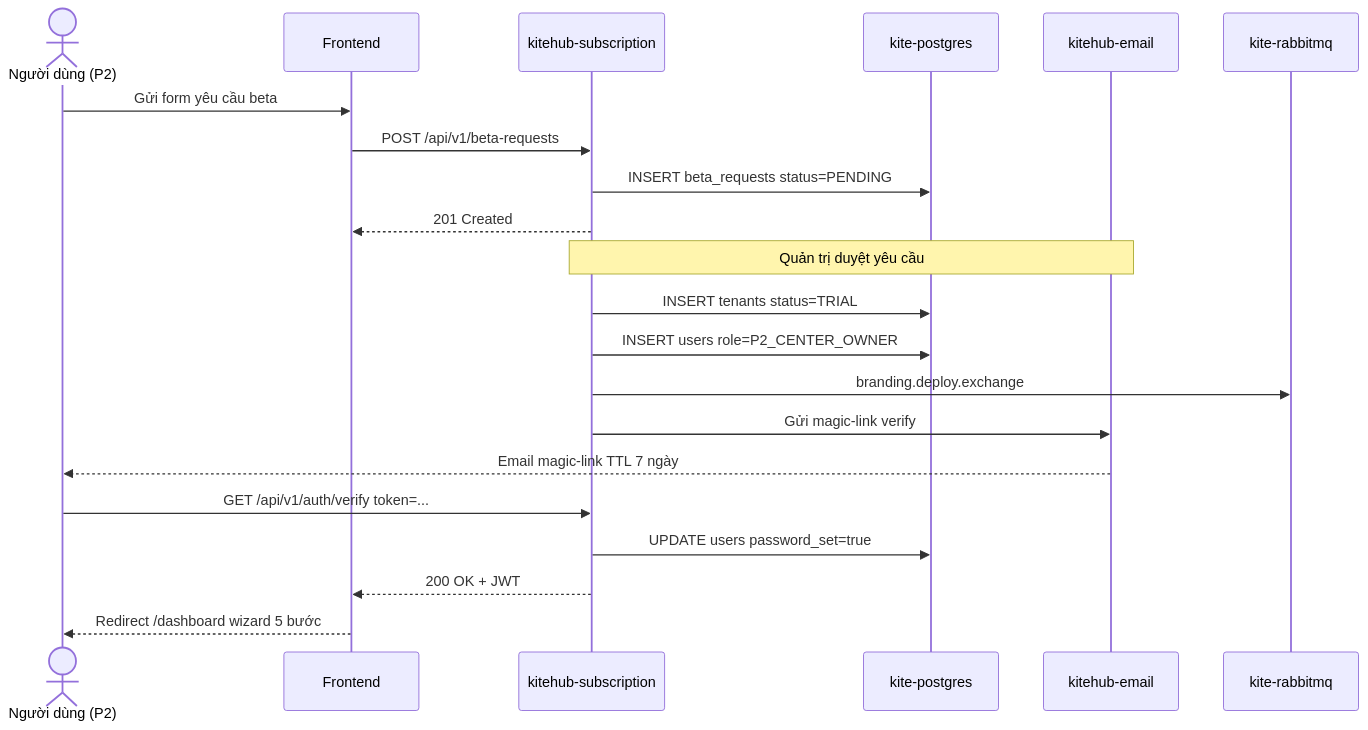
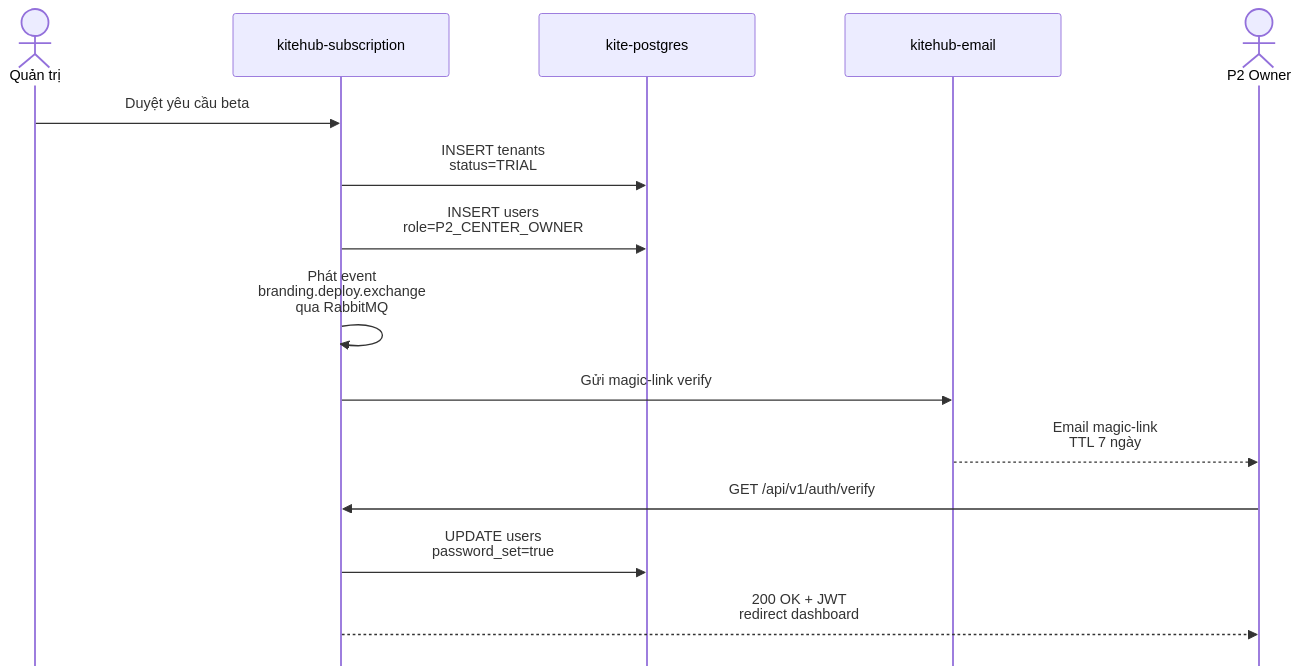
The ninth of 10 diagrams in documents/08-thesis/chapter-2-system-architecture.md (VictorAurelius/2026-Kite-Class-Platform), drawn with Mermaid before and after one commit. The commit also changed other lines of this file and 24 other files, not shown here.

````diff
--- a/documents/08-thesis/chapter-2-system-architecture.md
+++ b/documents/08-thesis/chapter-2-system-architecture.md
@@ -604,24 +617,19 @@
 ```mermaid
+%%{init: {"sequence": {"diagramMarginX": 50, "diagramMarginY": 25, "actorMargin": 100, "width": 240, "height": 70, "boxMargin": 18, "boxTextMargin": 10, "noteMargin": 15, "messageMargin": 50, "mirrorActors": false}, "themeVariables": {"fontSize": "28px", "messageFontSize": "26px", "noteFontSize": "26px"}}}%%
 sequenceDiagram
-    actor U as Người dùng (P2)
-    participant FE as Frontend
+    actor Admin as Quản trị
     participant API as kitehub-subscription
     participant DB as kite-postgres
     participant Email as kitehub-email
-    participant MQ as kite-rabbitmq
+    actor U as P2 Owner
 
-    U->>FE: Gửi form yêu cầu beta
-    FE->>API: POST /api/v1/beta-requests
-    API->>DB: INSERT beta_requests status=PENDING
-    API-->>FE: 201 Created
-    Note over API,Email: Quản trị duyệt yêu cầu
-    API->>DB: INSERT tenants status=TRIAL
-    API->>DB: INSERT users role=P2_CENTER_OWNER
-    API->>MQ: branding.deploy.exchange
+    Admin->>API: Duyệt yêu cầu beta
+    API->>DB: INSERT tenants<br/>status=TRIAL
+    API->>DB: INSERT users<br/>role=P2_CENTER_OWNER
+    API->>API: Phát event<br/>branding.deploy.exchange<br/>qua RabbitMQ
     API->>Email: Gửi magic-link verify
-    Email-->>U: Email magic-link TTL 7 ngày
-    U->>API: GET /api/v1/auth/verify token=...
-    API->>DB: UPDATE users password_set=true
-    API-->>FE: 200 OK + JWT
-    FE-->>U: Redirect /dashboard wizard 5 bước
+    Email-->>U: Email magic-link<br/>TTL 7 ngày
+    U->>API: GET /api/v1/auth/verify
+    API->>DB: UPDATE users<br/>password_set=true
+    API-->>U: 200 OK + JWT<br/>redirect dashboard
 ```
````
